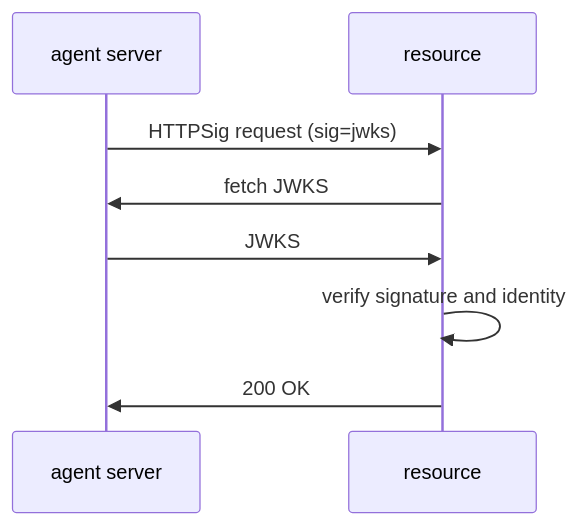
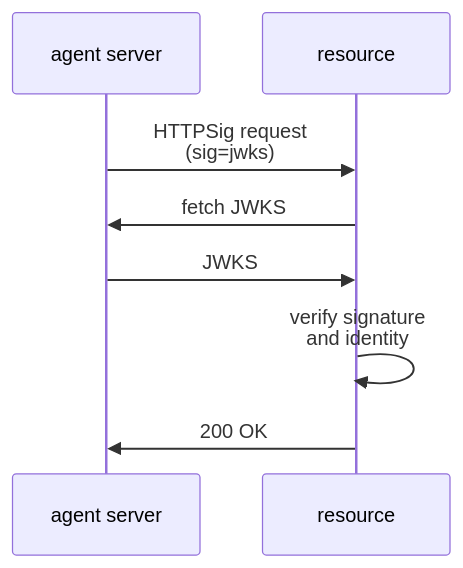
Before and after one commit to dickhardt/agent-auth: the second of 9 diagrams in README.md, drawn with Mermaid. The commit also changed other lines of this file, not shown here.

First line of the commit message:
Add line breaks to all mermaid diagrams for better readability

````diff
--- a/README.md
+++ b/README.md
@@ -190,11 +190,11 @@
 ```mermaid
 sequenceDiagram
     participant Agent as agent server
     participant Resource as resource
 
-    Agent->>Resource: HTTPSig request (sig=jwks)
+    Agent->>Resource: HTTPSig request<br/>(sig=jwks)
     Resource->>Agent: fetch JWKS
     Agent->>Resource: JWKS
-    Resource->>Resource: verify signature and identity
+    Resource->>Resource: verify signature<br/>and identity
     Resource->>Agent: 200 OK
 ```
````
